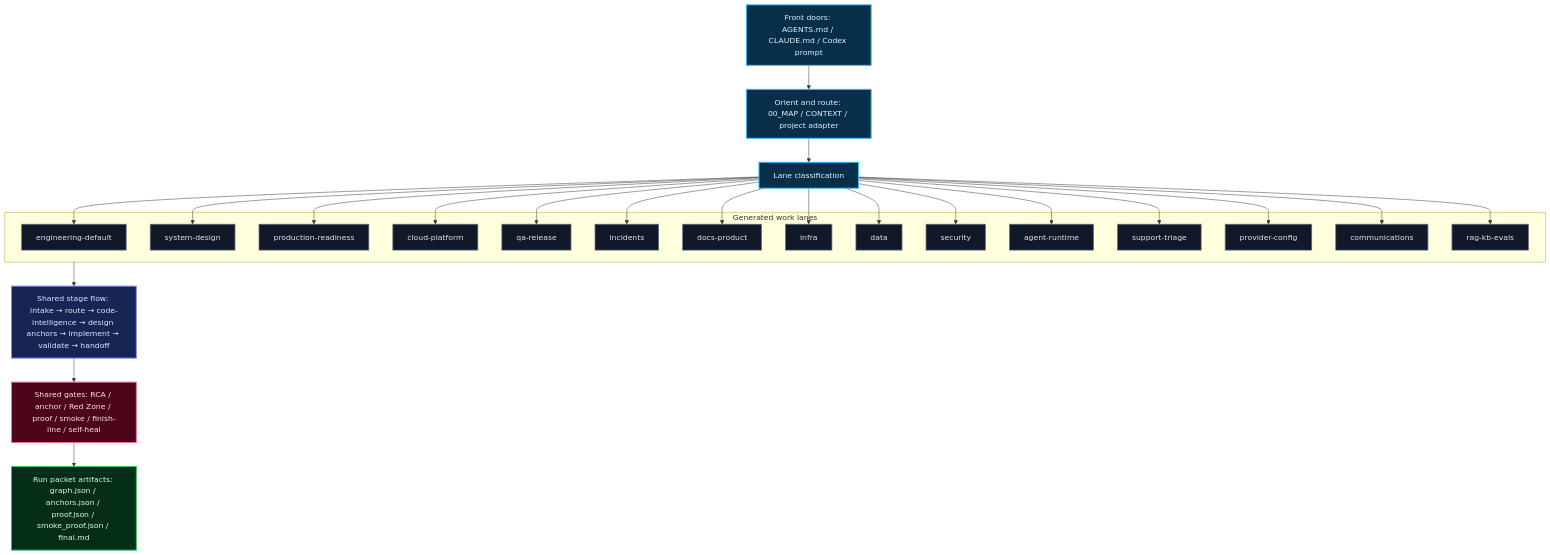
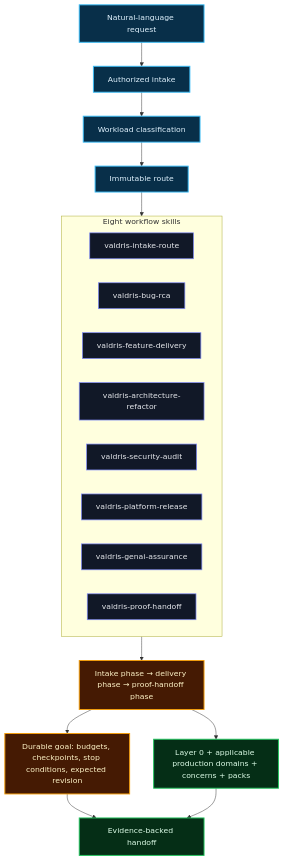
Before and after one commit to nickcarmonadigital/valdris-sdlc-harness: the third of 6 diagrams in docs/REPO_MERMAID_MAPS.md, drawn with Mermaid. The commit also changed other lines of this file and 27 other files, not shown here.

Commit message:
docs: correct Valdris visual system maps

````diff
--- a/docs/REPO_MERMAID_MAPS.md
+++ b/docs/REPO_MERMAID_MAPS.md
@@ -216,55 +220,34 @@
 ```mermaid
 flowchart TB
-  classDef orient fill:#082f49,stroke:#38bdf8,color:#e0f2fe,stroke-width:2px
-  classDef lane fill:#111827,stroke:#64748b,color:#e5e7eb,stroke-width:1.5px
-  classDef core fill:#172554,stroke:#818cf8,color:#e0e7ff,stroke-width:2px
-  classDef gate fill:#4c0519,stroke:#fb7185,color:#ffe4e6,stroke-width:2px
-  classDef artifact fill:#052e16,stroke:#22c55e,color:#dcfce7,stroke-width:2px
+  classDef route fill:#082f49,stroke:#38bdf8,color:#e0f2fe,stroke-width:2px
+  classDef skill fill:#111827,stroke:#818cf8,color:#e5e7eb,stroke-width:1.5px
+  classDef goal fill:#451a03,stroke:#f59e0b,color:#fef3c7,stroke-width:2px
+  classDef assurance fill:#052e16,stroke:#22c55e,color:#dcfce7,stroke-width:2px
 
-  FD["Front doors: AGENTS.md / CLAUDE.md / Codex prompt"] --> ORIENT["Orient and route: 00_MAP / CONTEXT / project adapter"]
-  ORIENT --> CLASSIFY["Lane classification"]
+  REQUEST["Natural-language request"] --> INTAKE["Authorized intake"]
+  INTAKE --> CLASSIFY["Workload classification"]
+  CLASSIFY --> ROUTE["Immutable route"]
 
-  subgraph LANES["Generated work lanes"]
-    ENG["engineering-default"]
-    DESIGN["system-design"]
-    PROD["production-readiness"]
-    CLOUD["cloud-platform"]
-    QA["qa-release"]
-    INCIDENT["incidents"]
-    DOCS["docs-product"]
-    INFRA["infra"]
-    DATA["data"]
-    SECURITY["security"]
-    RUNTIME["agent-runtime"]
-    SUPPORT["support-triage"]
-    PROVIDER["provider-config"]
-    COMMS["communications"]
-    RAG["rag-kb-evals"]
+  subgraph SKILLS["Eight workflow skills"]
+    INTAKE_SKILL["valdris-intake-route"]
+    BUG["valdris-bug-rca"]
+    FEATURE["valdris-feature-delivery"]
+    ARCH["valdris-architecture-refactor"]
+    SECURITY["valdris-security-audit"]
+    PLATFORM["valdris-platform-release"]
+    GENAI["valdris-genai-assurance"]
+    HANDOFF["valdris-proof-handoff"]
   end
 
-  CLASSIFY --> ENG
-  CLASSIFY --> DESIGN
-  CLASSIFY --> PROD
-  CLASSIFY --> CLOUD
-  CLASSIFY --> QA
-  CLASSIFY --> INCIDENT
-  CLASSIFY --> DOCS
-  CLASSIFY --> INFRA
-  CLASSIFY --> DATA
-  CLASSIFY --> SECURITY
-  CLASSIFY --> RUNTIME
-  CLASSIFY --> SUPPORT
-  CLASSIFY --> PROVIDER
-  CLASSIFY --> COMMS
-  CLASSIFY --> RAG
+  ROUTE --> SKILLS
+  SKILLS --> PHASES["Intake phase → delivery phase → proof-handoff phase"]
+  PHASES --> GOAL["Durable goal: budgets, checkpoints, stop conditions, expected revision"]
+  PHASES --> ASSURANCE["Layer 0 + applicable production domains + concerns + packs"]
+  GOAL --> DONE["Evidence-backed handoff"]
+  ASSURANCE --> DONE
 
-  LANES --> STAGES["Shared stage flow: intake → route → code-intelligence → design anchors → implement → validate → handoff"]
-  STAGES --> GATES["Shared gates: RCA / anchor / Red Zone / proof / smoke / finish-line / self-heal"]
-  GATES --> ARTIFACTS["Run packet artifacts: graph.json / anchors.json / proof.json / smoke_proof.json / final.md"]
-
-  class FD,ORIENT,CLASSIFY orient
-  class ENG,DESIGN,PROD,CLOUD,QA,INCIDENT,DOCS,INFRA,DATA,SECURITY,RUNTIME,SUPPORT,PROVIDER,COMMS,RAG lane
-  class STAGES core
-  class GATES gate
-  class ARTIFACTS artifact
+  class REQUEST,INTAKE,CLASSIFY,ROUTE route
+  class INTAKE_SKILL,BUG,FEATURE,ARCH,SECURITY,PLATFORM,GENAI,HANDOFF skill
+  class PHASES,GOAL goal
+  class ASSURANCE,DONE assurance
 ```
````
